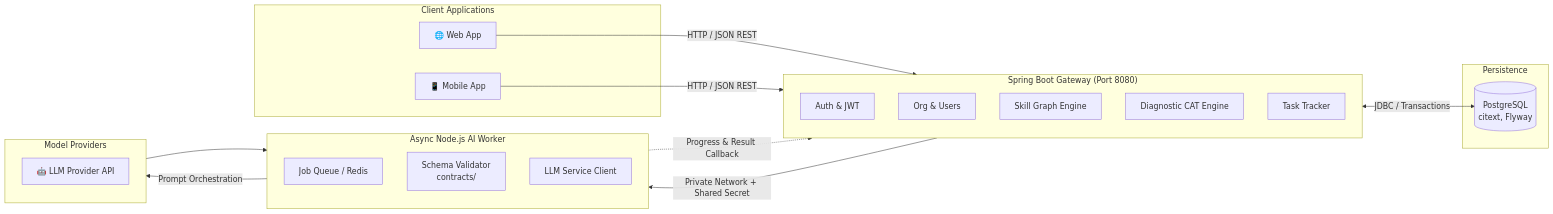
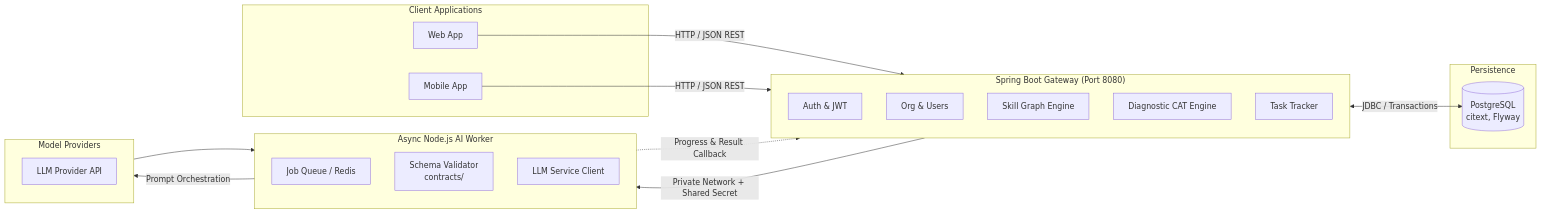
The second of 3 diagrams in README.md (LNCT-Unix/AI-Powered-Upskilling-Platform), drawn with Mermaid before and after one commit. The commit also changed other lines of this file, not shown here.

````diff
--- a/README.md
+++ b/README.md
@@ -115,38 +115,38 @@
 ```mermaid
 graph LR
     subgraph Clients ["Client Applications"]
-        W[🌐 Web App]
-        M[📱 Mobile App]
+        W[ Web App]
+        M[ Mobile App]
     end
 
     subgraph GatewayCore ["Spring Boot Gateway (Port 8080)"]
         direction TB
         AUTH[Auth & JWT]
         ORG[Org & Users]
         GRAPH[Skill Graph Engine]
         CAT[Diagnostic CAT Engine]
         TRACK[Task Tracker]
     end
 
     subgraph Storage ["Persistence"]
         DB[(PostgreSQL\ncitext, Flyway)]
     end
 
     subgraph WorkerInfra ["Async Node.js AI Worker"]
         direction TB
         Q[Job Queue / Redis]
         VAL[Schema Validator\ncontracts/]
         AGENT[LLM Service Client]
     end
 
     subgraph CloudAI ["Model Providers"]
-        LLM[🤖 LLM Provider API]
+        LLM[ LLM Provider API]
     end
 
     W & M -->|HTTP / JSON REST| GatewayCore
     GatewayCore <-->|JDBC / Transactions| DB
     GatewayCore -->|Private Network + Shared Secret| WorkerInfra
     WorkerInfra -->|Prompt Orchestration| CloudAI
     CloudAI --> WorkerInfra
     WorkerInfra -.->|Progress & Result Callback| GatewayCore
 ```
````
